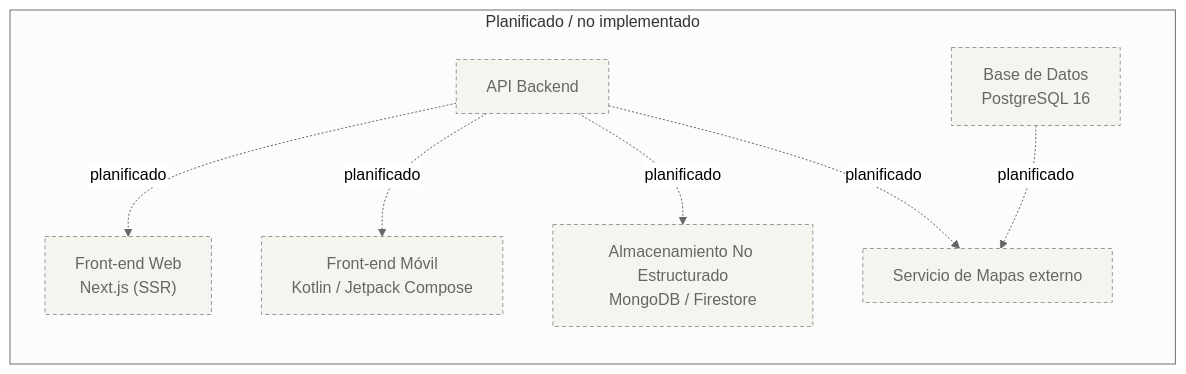
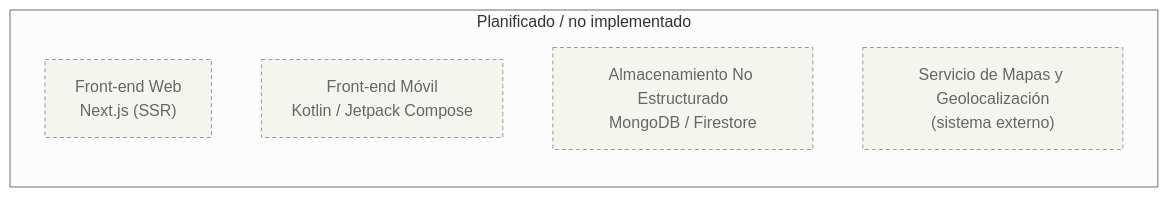
One commit to Charry21/PatitasUrbanas changed the second of 2 diagrams in dossier/06-c4-contenedores.md. Above: the diagram before and after it, drawn with Mermaid (neutral theme).

Commit message:
fix: corregir C4 contenedores contra codigo real (quitar PostGIS, dependencias fantasma) y agregar tabla de trazabilidad

````diff
--- a/dossier/06-c4-contenedores.md
+++ b/dossier/06-c4-contenedores.md
@@ -29,24 +29,14 @@
 ```mermaid
 flowchart LR
     subgraph FUT["Planificado / no implementado"]
         WEB["Front-end Web<br/>Next.js (SSR)"]
         MOVIL["Front-end Móvil<br/>Kotlin / Jetpack Compose"]
         CACHE["Almacenamiento No Estructurado<br/>MongoDB / Firestore"]
-        MAPAS["Servicio de Mapas externo"]
-        API["API Backend"]
-        DB["Base de Datos<br/>PostgreSQL 16"]
+        MAPS["Servicio de Mapas y Geolocalización<br/>(sistema externo)"]
     end
-
-    API -.->|planificado| WEB
-    API -.->|planificado| MOVIL
-    API -.->|planificado| CACHE
-    API -.->|planificado| MAPAS
-    DB -.->|planificado| MAPAS
 
     style WEB fill:#f5f5f0,stroke:#999999,color:#666666,stroke-dasharray: 4 3
     style MOVIL fill:#f5f5f0,stroke:#999999,color:#666666,stroke-dasharray: 4 3
     style CACHE fill:#f5f5f0,stroke:#999999,color:#666666,stroke-dasharray: 4 3
-    style MAPAS fill:#f5f5f0,stroke:#999999,color:#666666,stroke-dasharray: 4 3
-    style API fill:#f5f5f0,stroke:#999999,color:#666666,stroke-dasharray: 4 3
-    style DB fill:#f5f5f0,stroke:#999999,color:#666666,stroke-dasharray: 4 3
+    style MAPS fill:#f5f5f0,stroke:#999999,color:#666666,stroke-dasharray: 4 3
 ```
````
